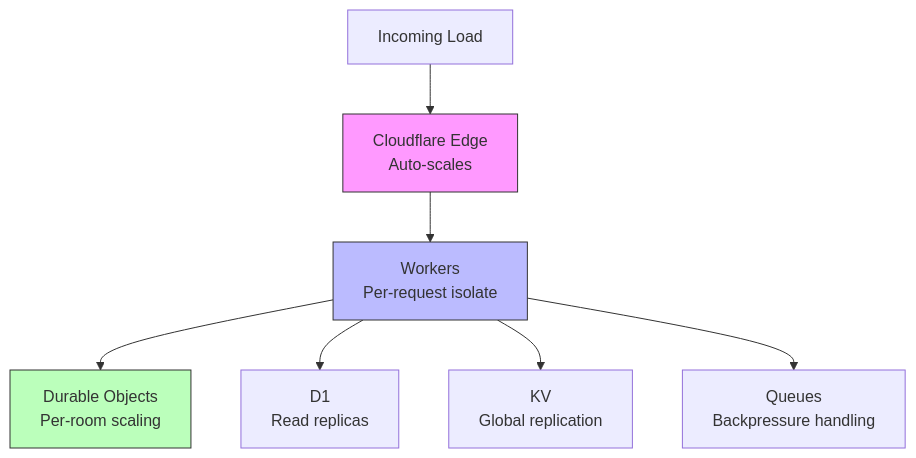
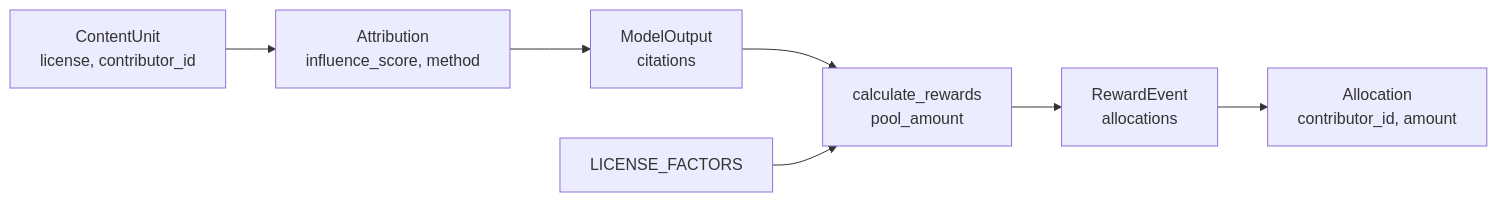
The second of 3 diagrams in README.md (niccolox/sovsrc.si.core), drawn with Mermaid before and after one commit. The commit also changed other lines of this file, not shown here.

First line of the commit message:
Rewrite README to explain the content rewards logic

````diff
--- a/README.md
+++ b/README.md
@@ -238,13 +51,9 @@
 ```mermaid
-graph TD
-    Load[Incoming Load] --> CF[Cloudflare Edge<br/>Auto-scales]
-    CF --> Worker[Workers<br/>Per-request isolate]
-    Worker --> DO[Durable Objects<br/>Per-room scaling]
-    Worker --> D1[D1<br/>Read replicas]
-    Worker --> KV[KV<br/>Global replication]
-    Worker --> Queue[Queues<br/>Backpressure handling]
-
-    style CF fill:#f9f,stroke:#333
-    style Worker fill:#bbf,stroke:#333
-    style DO fill:#bfb,stroke:#333
+flowchart LR
+    CU["ContentUnit<br/>license, contributor_id"] --> AT["Attribution<br/>influence_score, method"]
+    AT --> MO["ModelOutput<br/>citations"]
+    MO --> CR["calculate_rewards<br/>pool_amount"]
+    LF["LICENSE_FACTORS"] --> CR
+    CR --> RE["RewardEvent<br/>allocations"]
+    RE --> AL["Allocation<br/>contributor_id, amount"]
 ```
````
